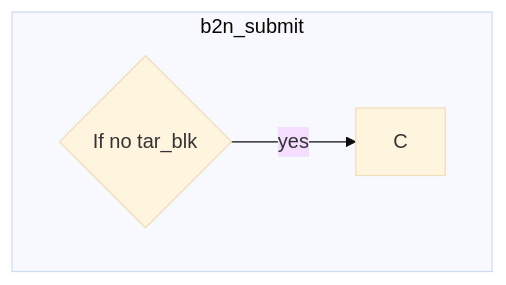
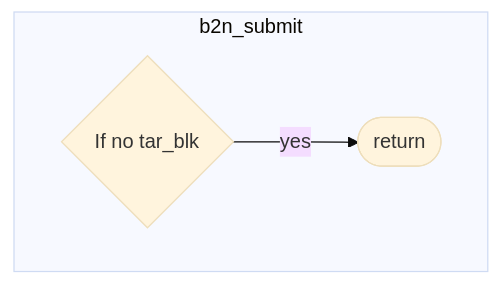
One commit to jenny112646/iodraw-files changed the diagram in all/未命名-2.md. Above: the diagram before and after it, drawn with Mermaid (base theme).

Commit message:
2024-06-07 10:48:33 update

````diff
--- a/all/未命名-2.md
+++ b/all/未命名-2.md
@@ -1,6 +1,6 @@
 ```mermaid
 flowchart TD
 subgraph b2n_submit
-    c1{"If no tar_blk"} --yes--> C
+    c1{"If no tar_blk"} --yes--> c2([return])
 end
 ```
````
